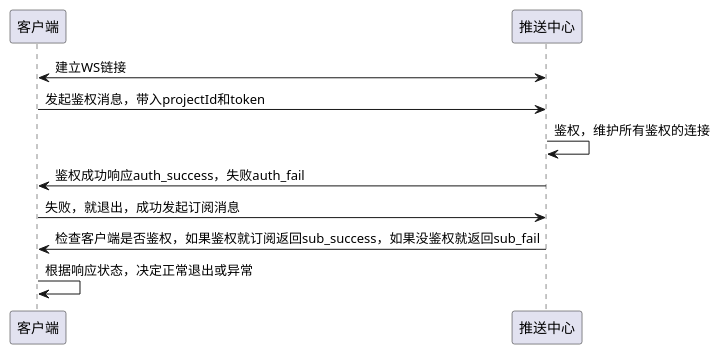
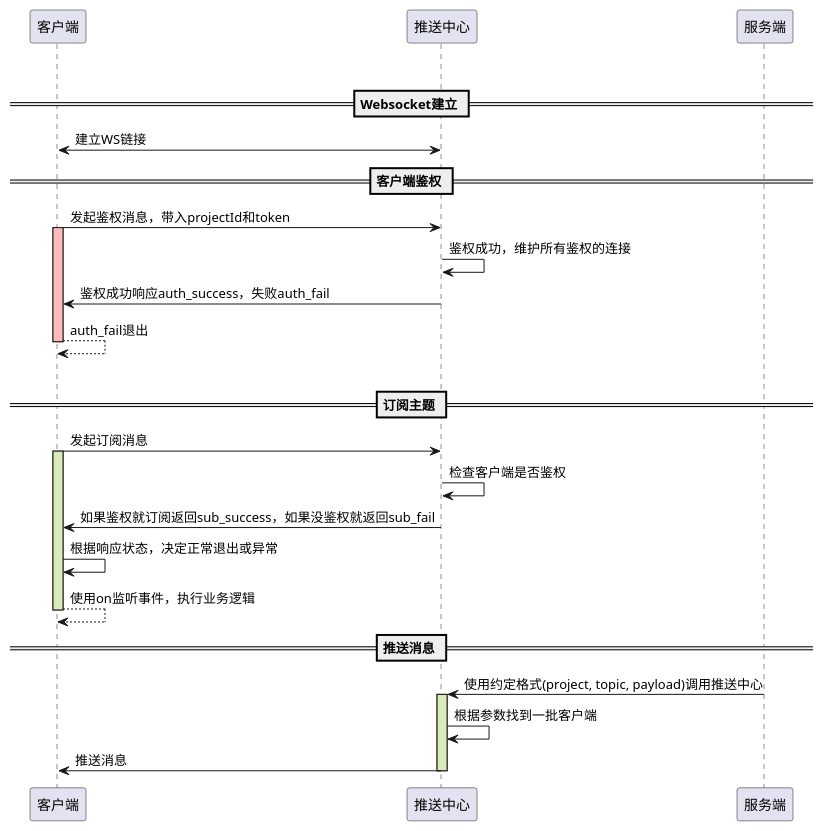
The diagram in benchmark/src/main/resources/ss.puml (shibd/socket.io.java.server.biz), drawn with PlantUML before and after one commit.

Commit message:
feat: 修改流程调用图

```diff
--- a/benchmark/src/main/resources/ss.puml
+++ b/benchmark/src/main/resources/ss.puml
@@ -1,16 +1,39 @@
 @startuml
+alt successful case
+== Websocket建立 ==
+客户端 <-> 推送中心: 建立WS链接
 
+== 客户端鉴权 ==
+客户端 -> 推送中心: 发起鉴权消息，带入projectId和token
+activate 客户端 #FFBBBB
 
-客户端 <-> 推送中心: 建立WS链接
-客户端 -> 推送中心: 发起鉴权消息，带入projectId和token
-推送中心 -> 推送中心: 鉴权，维护所有鉴权的连接
+推送中心 -> 推送中心: 鉴权成功，维护所有鉴权的连接
 
 客户端 <- 推送中心: 鉴权成功响应auth_success，失败auth_fail
 
-客户端 -> 推送中心: 失败，就退出，成功发起订阅消息
+客户端 --> 客户端: auth_fail退出
+deactivate 客户端
+|||
 
-推送中心 -> 客户端: 检查客户端是否鉴权，如果鉴权就订阅返回sub_success，如果没鉴权就返回sub_fail
+== 订阅主题 ==
+客户端 -> 推送中心: 发起订阅消息
+activate 客户端 #DAEBBA
+推送中心 -> 推送中心: 检查客户端是否鉴权
+
+推送中心 -> 客户端: 如果鉴权就订阅返回sub_success，如果没鉴权就返回sub_fail
 
 客户端 -> 客户端: 根据响应状态，决定正常退出或异常
 
+客户端 --> 客户端: 使用on监听事件，执行业务逻辑
+deactivate 客户端
+
+
+== 推送消息 ==
+服务端 -> 推送中心: 使用约定格式(project, topic, payload)调用推送中心
+activate 推送中心 #DAEBBA
+推送中心 -> 推送中心: 根据参数找到一批客户端
+推送中心 -> 客户端: 推送消息
+deactivate 推送中心
+
+
 @enduml
```
